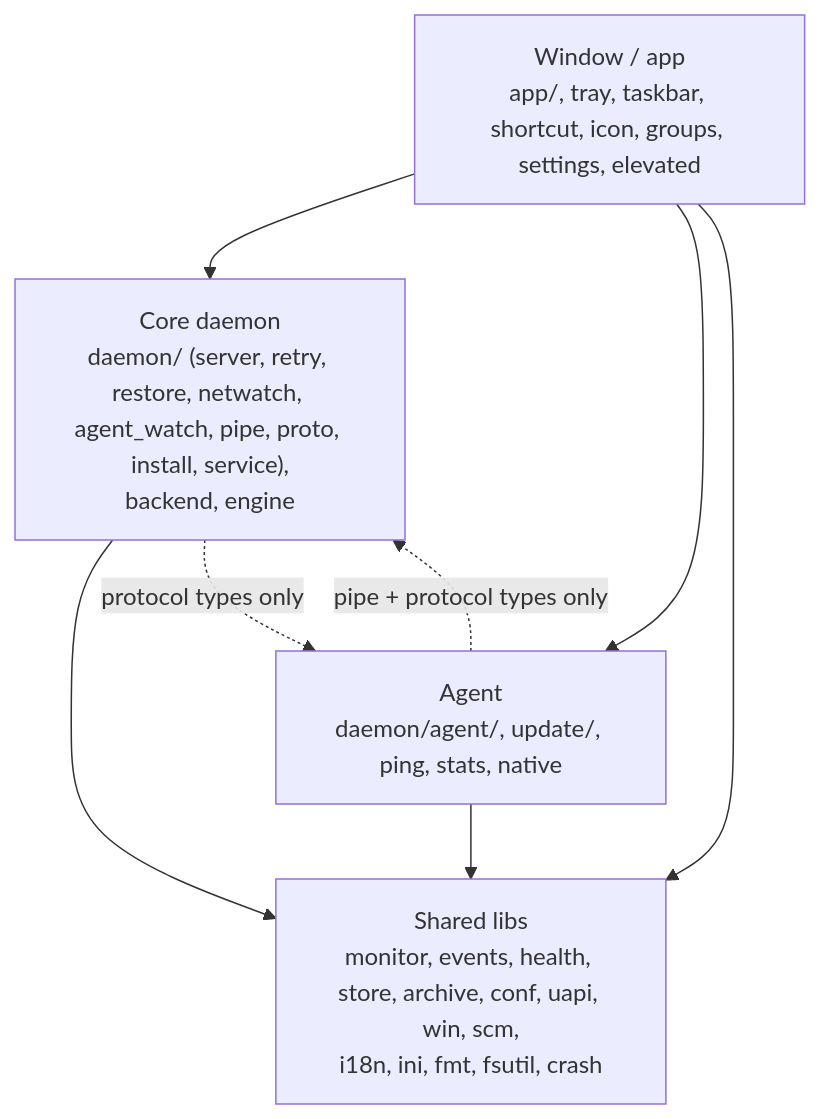
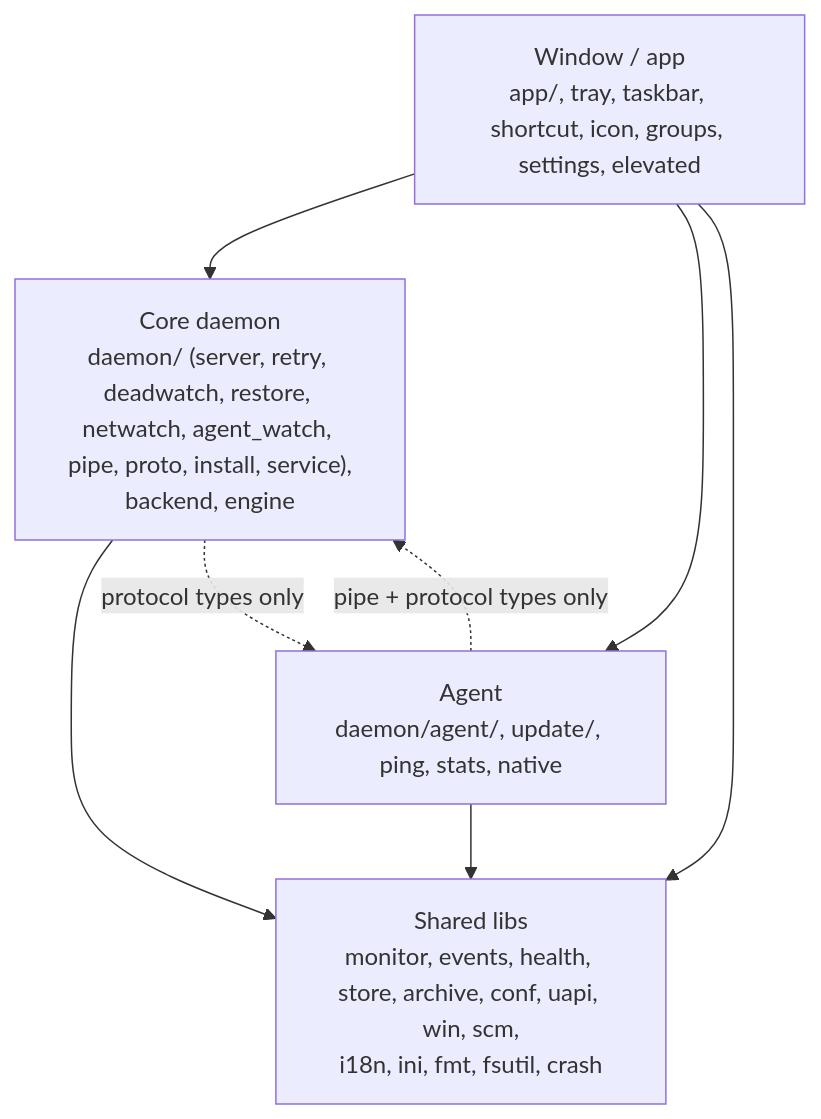
The first of 2 diagrams in docs/modules.md (ssv555/AmneziaWG-UI-Dark), drawn with Mermaid before and after one commit. The commit also changed other lines of this file and 41 other files, not shown here.

````diff
--- a/docs/modules.md
+++ b/docs/modules.md
@@ -11,15 +11,15 @@
 ```mermaid
 flowchart TB
   W["Window / app<br/>app/, tray, taskbar, shortcut, icon, groups, settings, elevated"]
-  C["Core daemon<br/>daemon/ (server, retry, restore, netwatch, agent_watch, pipe, proto, install, service),<br/>backend, engine"]
+  C["Core daemon<br/>daemon/ (server, retry, deadwatch, restore, netwatch, agent_watch, pipe, proto, install, service),<br/>backend, engine"]
   A["Agent<br/>daemon/agent/, update/, ping, stats, native"]
   S["Shared libs<br/>monitor, events, health, store, archive, conf, uapi, win, scm,<br/>i18n, ini, fmt, fsutil, crash"]
 
   W --> C
   W --> A
   W --> S
   C --> S
   A --> S
   A -. "pipe + protocol types only" .-> C
   C -. "protocol types only" .-> A
 ```
````
